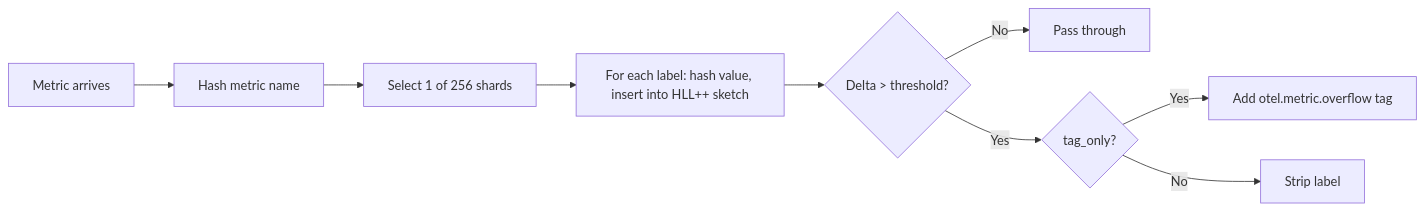
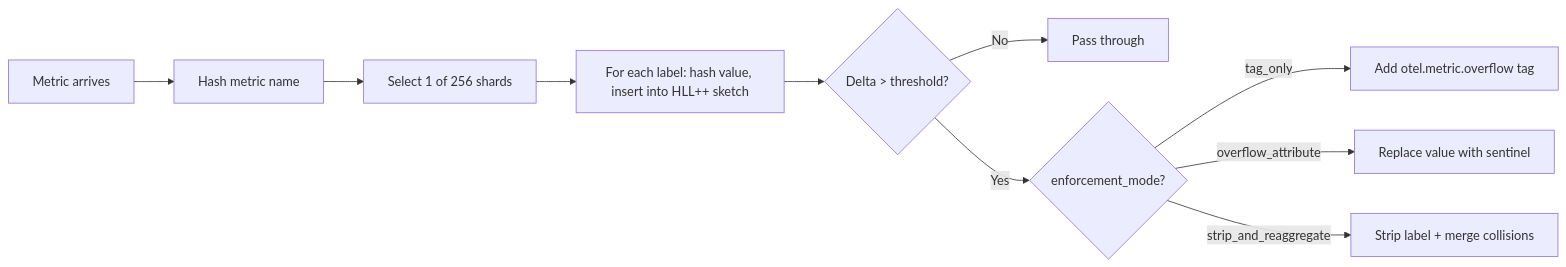
Before and after one commit to YElayyat/otel-cardinality-processor: the first of 2 diagrams in README.md, drawn with Mermaid. The commit also changed other lines of this file and 9 other files, not shown here.

````diff
--- a/README.md
+++ b/README.md
@@ -39,11 +39,12 @@
 ```mermaid
 flowchart LR
     A[Metric arrives] --> B[Hash metric name]
     B --> C[Select 1 of 256 shards]
     C --> D[For each label: hash value, insert into HLL++ sketch]
     D --> E{Delta > threshold?}
     E -- No --> F[Pass through]
-    E -- Yes --> G{tag_only?}
-    G -- Yes --> H[Add otel.metric.overflow tag]
-    G -- No --> I[Strip label]
+    E -- Yes --> G{enforcement_mode?}
+    G -- tag_only --> H[Add otel.metric.overflow tag]
+    G -- overflow_attribute --> OA[Replace value with sentinel]
+    G -- strip_and_reaggregate --> I[Strip label + merge collisions]
 ```
````
